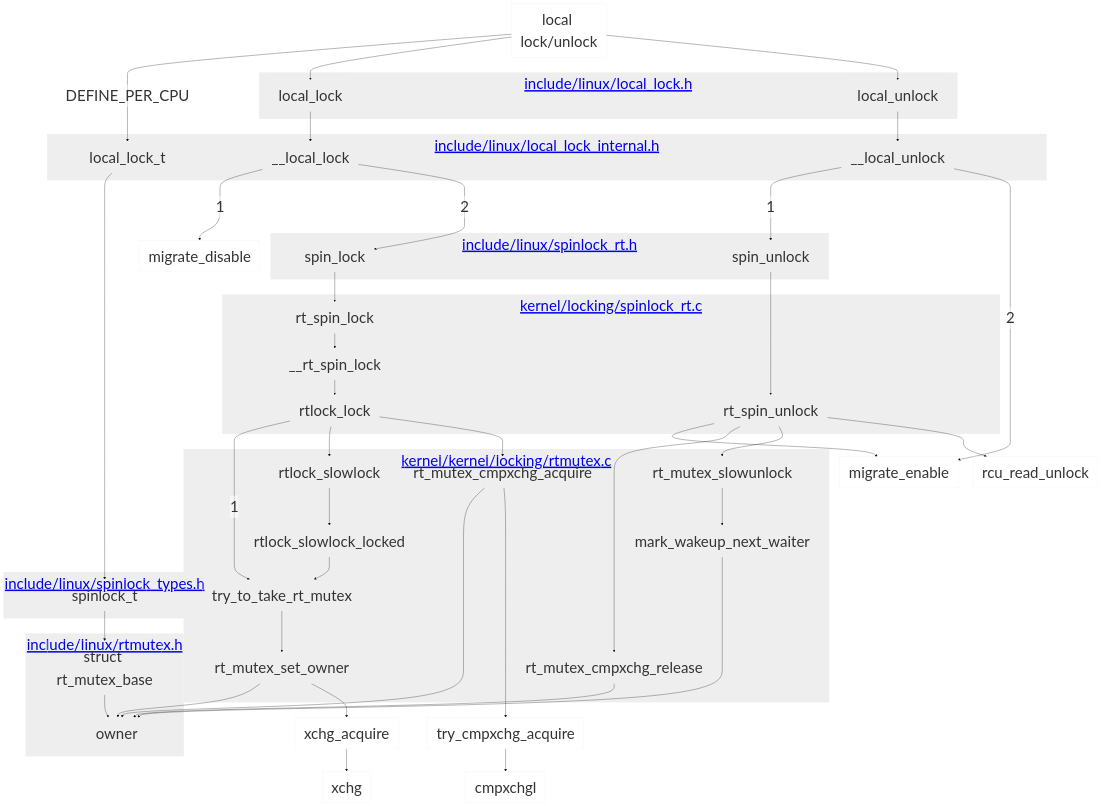
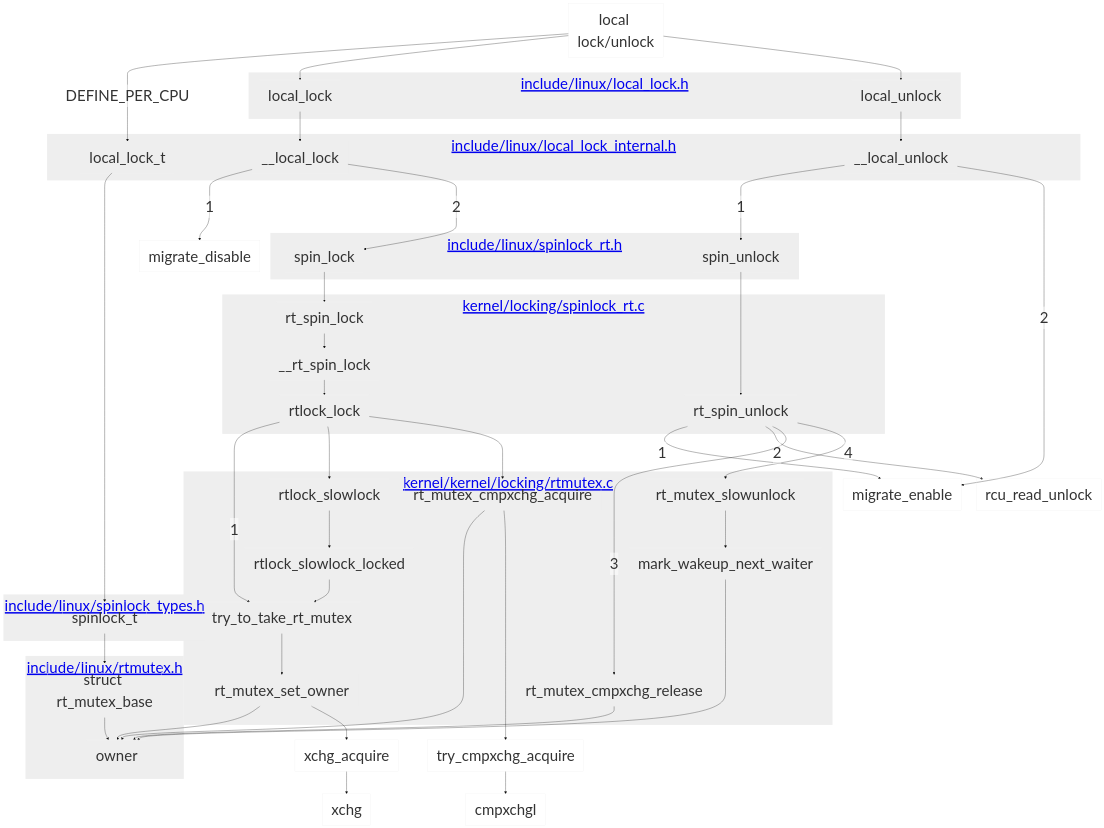
One commit to makelinux/linux_kernel_map changed the second of 2 diagrams in rt-locks.md. Above: the diagram before and after it, drawn with Mermaid.

Commit message:
rt_spin_unlock -->|2| ...

````diff
--- a/rt-locks.md
+++ b/rt-locks.md
@@ -59,69 +59,71 @@
 ```mermaid
 %%{
 	init: {
 		'theme': 'base',
 		'themeVariables': {
         		'primaryColor': '#fff0',
         		'primaryBorderColor': '#eeef',
 			'clusterBkg': '#eeef',
 			'fontSize':'50px'
 		}
 	}
 }%%
 graph TB
 local["local lock/unlock"] -->|DEFINE_PER_CPU| local_lock_t
 local --> local_lock & local_unlock
 local_lock_t ----> spinlock_t
 subgraph "<a href=https://elixir.bootlin.com/linux/latest/source/include/linux/rtmutex.h>include/linux/rtmutex.h</a>"
 rt_mutex_base["struct rt_mutex_base"] --> owner
 end
 
 subgraph "<a href=https://elixir.bootlin.com/linux/latest/source/include/linux/spinlock_types.h>include/linux/spinlock_types.h</a>"
 spinlock_t --> rt_mutex_base
 end
 
 subgraph "<a href=https://elixir.bootlin.com/linux/latest/source/include/linux/local_lock.h>include/linux/local_lock.h</a>"
 local_lock
 local_unlock
 end
 subgraph "<a href=https://elixir.bootlin.com/linux/latest/source/include/linux/local_lock_internal.h>include/linux/local_lock_internal.h</a>"
 local_lock_t
 __local_lock
 __local_unlock
 end
 subgraph "<a href=https://elixir.bootlin.com/linux/latest/source/include/linux/spinlock_rt.h>include/linux/spinlock_rt.h</a>"
 %% spin_lock_irqsave --> spin_lock
 spin_lock
 spin_unlock
 %% spin_unlock_irqrestore
 end
 subgraph "<a href=https://elixir.bootlin.com/linux/latest/source/kernel/locking/spinlock_rt.c>kernel/locking/spinlock_rt.c</a>"
 rt_spin_lock --> __rt_spin_lock --> rtlock_lock
 %% spin_unlock_irqrestore --> rt_spin_unlock
 rt_spin_unlock
 end
 local_lock --> __local_lock --->|1| migrate_disable
 __local_lock -->|2| spin_lock --> rt_spin_lock
 rtlock_lock -->|1| try_to_take_rt_mutex
 
 subgraph "<a href=https://elixir.bootlin.com/linux/latest/source/kernel/kernel/locking/rtmutex.c>kernel/kernel/locking/rtmutex.c</a>"
 rtlock_lock --> rtlock_slowlock --> rtlock_slowlock_locked
 --> try_to_take_rt_mutex --> rt_mutex_set_owner
 rtlock_lock --> rt_mutex_cmpxchg_acquire
 rt_mutex_cmpxchg_release
 rt_mutex_slowunlock --> mark_wakeup_next_waiter --> owner
 end
 rt_mutex_cmpxchg_acquire --> owner
 rt_mutex_cmpxchg_acquire -----> try_cmpxchg_acquire --> cmpxchgl
 
 rt_mutex_set_owner --> owner
 rt_mutex_set_owner --> xchg_acquire -->xchg
 
 local_unlock --> __local_unlock --->|1| spin_unlock
 __local_unlock -->|2| migrate_enable
 spin_unlock ---> rt_spin_unlock
---> migrate_enable & rt_mutex_cmpxchg_release & rt_mutex_slowunlock
+rt_spin_unlock -->|1| migrate_enable
 rt_mutex_cmpxchg_release --> owner
-rt_spin_unlock --> rcu_read_unlock
+rt_spin_unlock -->|2| rcu_read_unlock
+rt_spin_unlock -->|3| rt_mutex_cmpxchg_release
+rt_spin_unlock -->|4| rt_mutex_slowunlock
 local_lock_t ~~~ spin_lock
 ```
````
